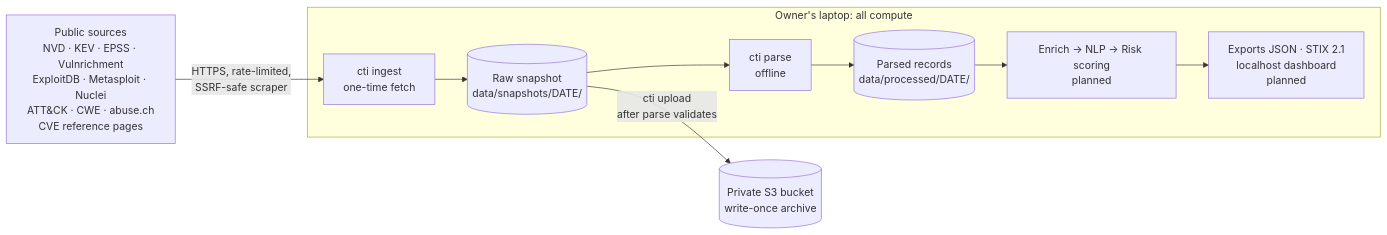
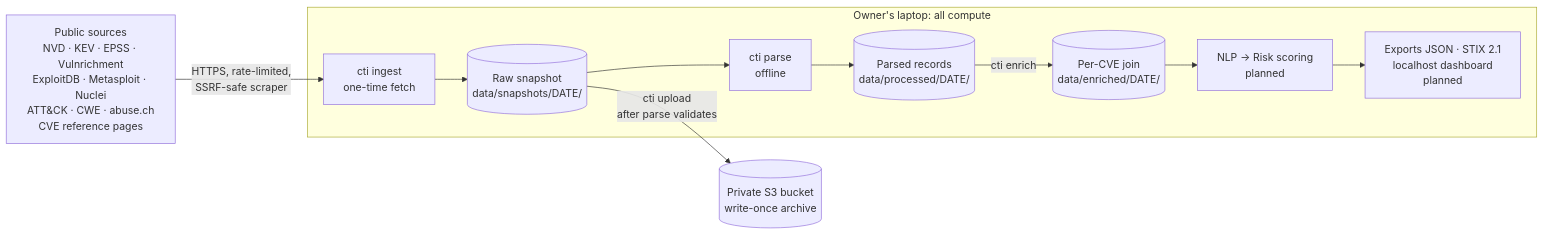
Before and after one commit to arinvandrapu/Cyber-Threat-Intelligence-System: the first of 2 diagrams in docs/architecture.md, drawn with Mermaid. The commit also changed other lines of this file and 14 other files, not shown here.

First line of the commit message:
Phase 4a: per-CVE enrichment join with leakage-safe features

````diff
--- a/docs/architecture.md
+++ b/docs/architecture.md
@@ -12,17 +12,18 @@
 ```mermaid
 flowchart LR
     SRC[Public sources<br/>NVD · KEV · EPSS · Vulnrichment<br/>ExploitDB · Metasploit · Nuclei<br/>ATT&CK · CWE · abuse.ch<br/>CVE reference pages]
     subgraph LAPTOP[Owner's laptop: all compute]
         ING[cti ingest<br/>one-time fetch]
         SNAP[(Raw snapshot<br/>data/snapshots/DATE/)]
         PARSE[cti parse<br/>offline]
         PROC[(Parsed records<br/>data/processed/DATE/)]
-        DOWN[Enrich → NLP → Risk scoring<br/>planned]
+        ENR[(Per-CVE join<br/>data/enriched/DATE/)]
+        DOWN[NLP → Risk scoring<br/>planned]
         OUT[Exports JSON · STIX 2.1<br/>localhost dashboard<br/>planned]
     end
     S3[(Private S3 bucket<br/>write-once archive)]
 
     SRC -->|HTTPS, rate-limited,<br/>SSRF-safe scraper| ING --> SNAP
-    SNAP --> PARSE --> PROC --> DOWN --> OUT
+    SNAP --> PARSE --> PROC -->|cti enrich| ENR --> DOWN --> OUT
     SNAP -->|cti upload<br/>after parse validates| S3
 ```
````
